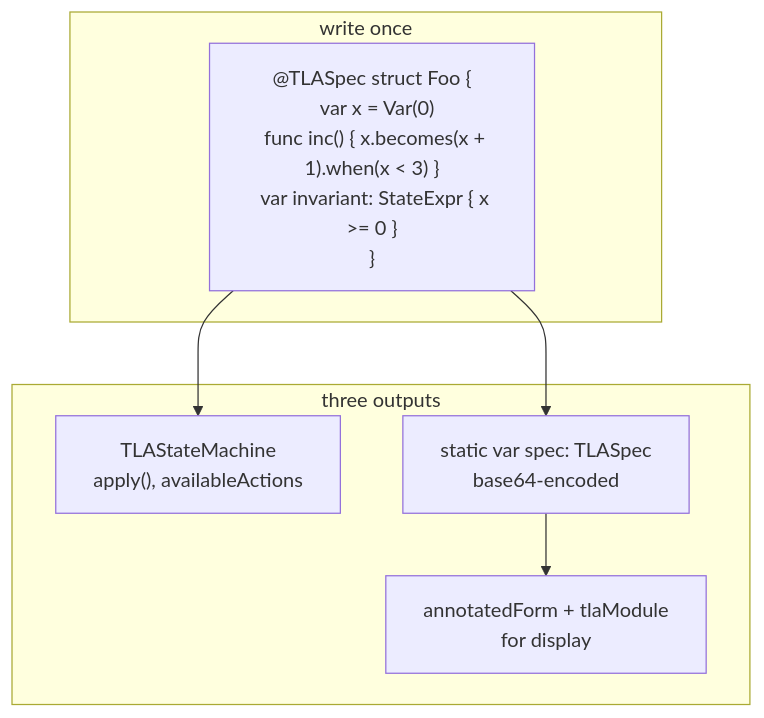
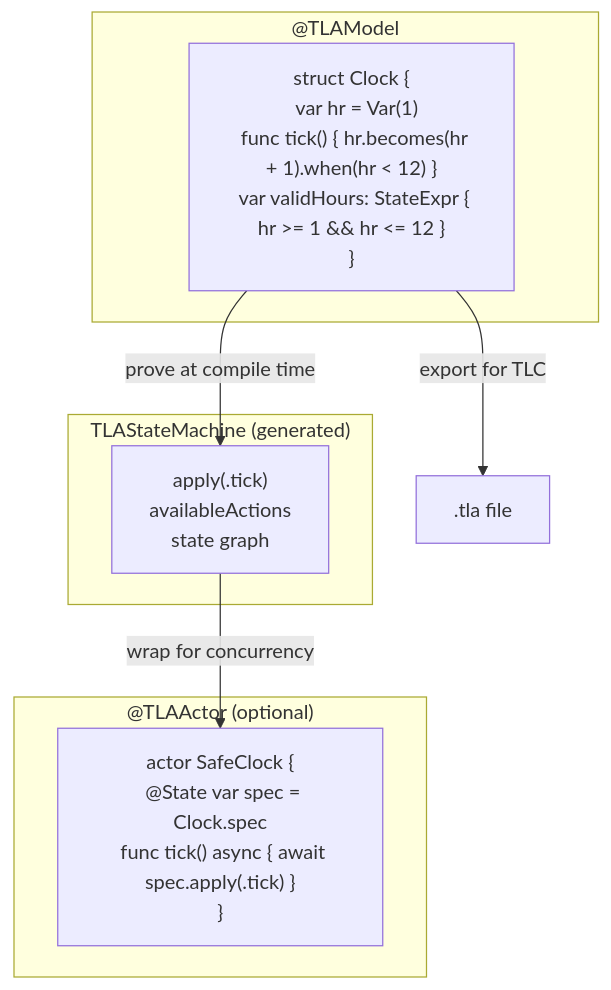
One commit to RoyalPineapple/SwiftTLA changed the second of 2 diagrams in README.md. Above: the diagram before and after it, drawn with Mermaid. The commit also changed other lines of this file and 5 other files, not shown here.

Commit message:
@TLASpec -> @TLAModel: three-layer naming, TLAActor placeholder, freshened README

````diff
--- a/README.md
+++ b/README.md
@@ -25,14 +57,15 @@
 ```mermaid
-graph TB
-    subgraph User["write once"]
-        STRUCT["@TLASpec struct Foo {\n  var x = Var(0)\n  func inc() { x.becomes(x + 1).when(x < 3) }\n  var invariant: StateExpr { x >= 0 }\n}"]
+graph TD
+    subgraph L1["@TLAModel"]
+        STRUCT["struct Clock {\n  var hr = Var(1)\n  func tick() { hr.becomes(hr + 1).when(hr < 12) }\n  var validHours: StateExpr { hr >= 1 && hr <= 12 }\n}"]
     end
-    subgraph Generated["three outputs"]
-        PEER["TLAStateMachine\napply(), availableActions"]
-        SPEC["static var spec: TLASpec\nbase64-encoded"]
-        TLA["annotatedForm + tlaModule\nfor display"]
+    subgraph L2["TLAStateMachine (generated)"]
+        PEER["apply(.tick)\navailableActions\nstate graph"]
     end
-    STRUCT --> PEER
-    STRUCT --> SPEC
-    SPEC --> TLA
+    subgraph L3["@TLAActor (optional)"]
+        ACTOR["actor SafeClock {\n  @State var spec = Clock.spec\n  func tick() async { await spec.apply(.tick) }\n}"]
+    end
+    STRUCT -->|"prove at compile time"| PEER
+    STRUCT -->|"export for TLC"| TLA[".tla file"]
+    PEER -->|"wrap for concurrency"| ACTOR
 ```
````
